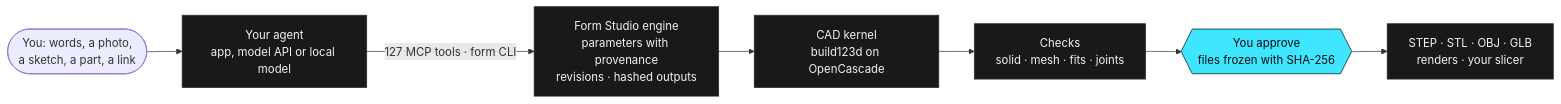
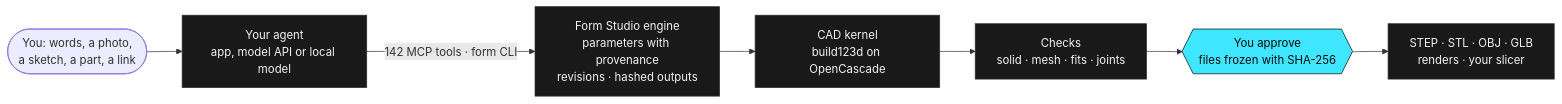
Before and after one commit to kaizensx/form-studio: the diagram in README.md, drawn with Mermaid. The commit also changed other lines of this file and 15 other files, not shown here.

Commit message:
142 MCP tools everywhere; the Bench places Cost per process before Release and the test plan and report last; the site lists the new docs

````diff
--- a/README.md
+++ b/README.md
@@ -86,13 +86,13 @@
 ```mermaid
 flowchart LR
   you(["You: words, a photo,<br/>a sketch, a part, a link"]) --> agent["Your agent<br/>app, model API or local model"]
-  agent -- "127 MCP tools · form CLI" --> engine["Form Studio engine<br/>parameters with provenance<br/>revisions · hashed outputs"]
+  agent -- "142 MCP tools · form CLI" --> engine["Form Studio engine<br/>parameters with provenance<br/>revisions · hashed outputs"]
   engine --> kernel["CAD kernel<br/>build123d on OpenCascade"]
   kernel --> checks["Checks<br/>solid · mesh · fits · joints"]
   checks --> release{{"You approve<br/>files frozen with SHA-256"}}
   release --> out["STEP · STL · OBJ · GLB<br/>renders · your slicer"]
   classDef datum fill:#3ee6ff,stroke:#0b0b0c,color:#0b0b0c
   classDef plate fill:#19191a,stroke:#2f2f31,color:#f4f3f1
   class release datum
   class agent,engine,kernel,checks,out plate
 ```
````
